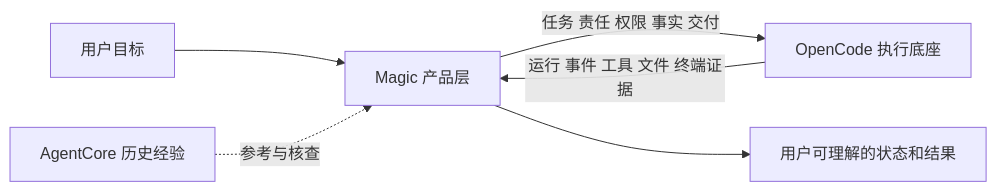
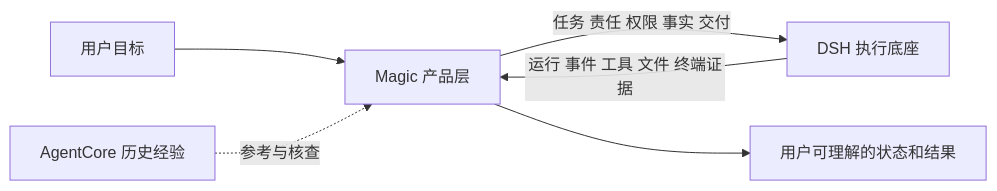
Before and after one commit to liu629711-spec/Magic: the third of 5 diagrams in docs/01-产品/PRD-01-Magic产品总览.md, drawn with Mermaid. The commit also changed other lines of this file and 66 other files, not shown here.

````diff
--- a/docs/01-产品/PRD-01-Magic产品总览.md
+++ b/docs/01-产品/PRD-01-Magic产品总览.md
@@ -116,8 +116,8 @@
 ```mermaid
 flowchart LR
   U[用户目标] --> M[Magic 产品层]
-  M -->|任务 责任 权限 事实 交付| O[OpenCode 执行底座]
+  M -->|任务 责任 权限 事实 交付| O[DSH 执行底座]
   O -->|运行 事件 工具 文件 终端证据| M
   A[AgentCore 历史经验] -.参考与核查.-> M
   M --> R[用户可理解的状态和结果]
 ```
````
